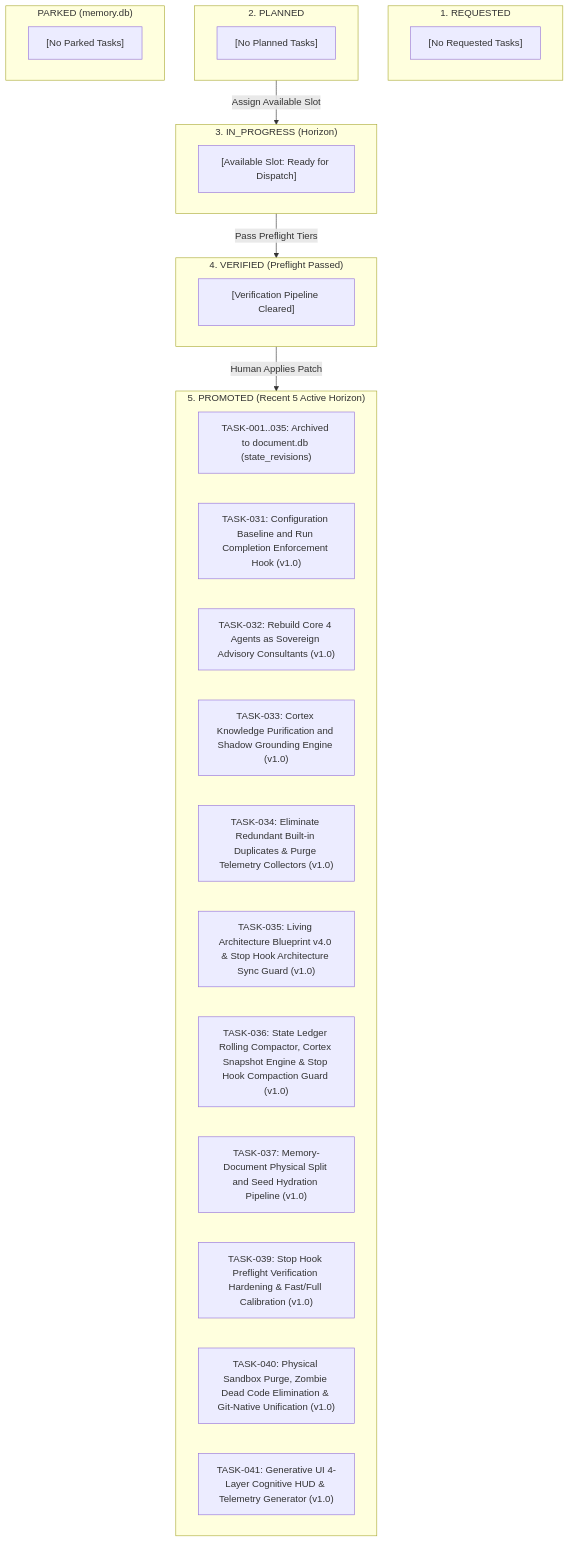
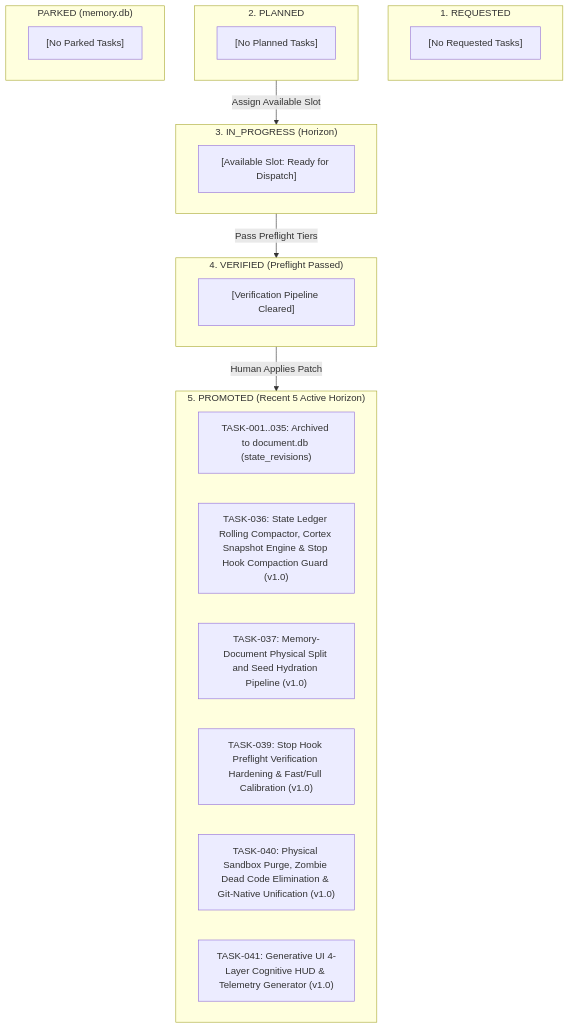
Before and after one commit to jinseobhong/antigravity-autopoiesis: the third of 4 diagrams in docs/active/CURRENT_STATE.md, drawn with Mermaid. The commit also changed other lines of this file and 1 other file, not shown here.

Commit message:
docs(state): promote TASK-041 and compact state ledger to recent 5 horizon

````diff
--- a/docs/active/CURRENT_STATE.md
+++ b/docs/active/CURRENT_STATE.md
@@ -129,40 +129,35 @@
 ```mermaid
 flowchart TD
     subgraph ColRequested ["1. REQUESTED"]
         REQ_100["[No Requested Tasks]"]
     end
 
     subgraph ColPlanned ["2. PLANNED"]
         PLN_100["[No Planned Tasks]"]
     end
 
     subgraph ColParked ["PARKED (memory.db)"]
         PRK_100["[No Parked Tasks]"]
     end
 
     subgraph ColActive ["3. IN_PROGRESS (Horizon)"]
         ACT_100["[Available Slot: Ready for Dispatch]"]
     end
 
     subgraph ColVerified ["4. VERIFIED (Preflight Passed)"]
         VER_100["[Verification Pipeline Cleared]"]
     end
 
     subgraph ColPromoted ["5. PROMOTED (Recent 5 Active Horizon)"]
         PRM_ARCH["TASK-001..035: Archived to document.db (state_revisions)"]
-        PRM_131["TASK-031: Configuration Baseline and Run Completion Enforcement Hook (v1.0)"]
-        PRM_132["TASK-032: Rebuild Core 4 Agents as Sovereign Advisory Consultants (v1.0)"]
-        PRM_133["TASK-033: Cortex Knowledge Purification and Shadow Grounding Engine (v1.0)"]
-        PRM_134["TASK-034: Eliminate Redundant Built-in Duplicates & Purge Telemetry Collectors (v1.0)"]
-        PRM_135["TASK-035: Living Architecture Blueprint v4.0 & Stop Hook Architecture Sync Guard (v1.0)"]
         PRM_136["TASK-036: State Ledger Rolling Compactor, Cortex Snapshot Engine & Stop Hook Compaction Guard (v1.0)"]
         PRM_137["TASK-037: Memory-Document Physical Split and Seed Hydration Pipeline (v1.0)"]
         PRM_139["TASK-039: Stop Hook Preflight Verification Hardening & Fast/Full Calibration (v1.0)"]
         PRM_140["TASK-040: Physical Sandbox Purge, Zombie Dead Code Elimination & Git-Native Unification (v1.0)"]
         PRM_141["TASK-041: Generative UI 4-Layer Cognitive HUD & Telemetry Generator (v1.0)"]
     end
 
     ColPlanned -->|"Assign Available Slot"| ColActive
     ColActive -->|"Pass Preflight Tiers"| ColVerified
     ColVerified -->|"Human Applies Patch"| ColPromoted
 ```
````
